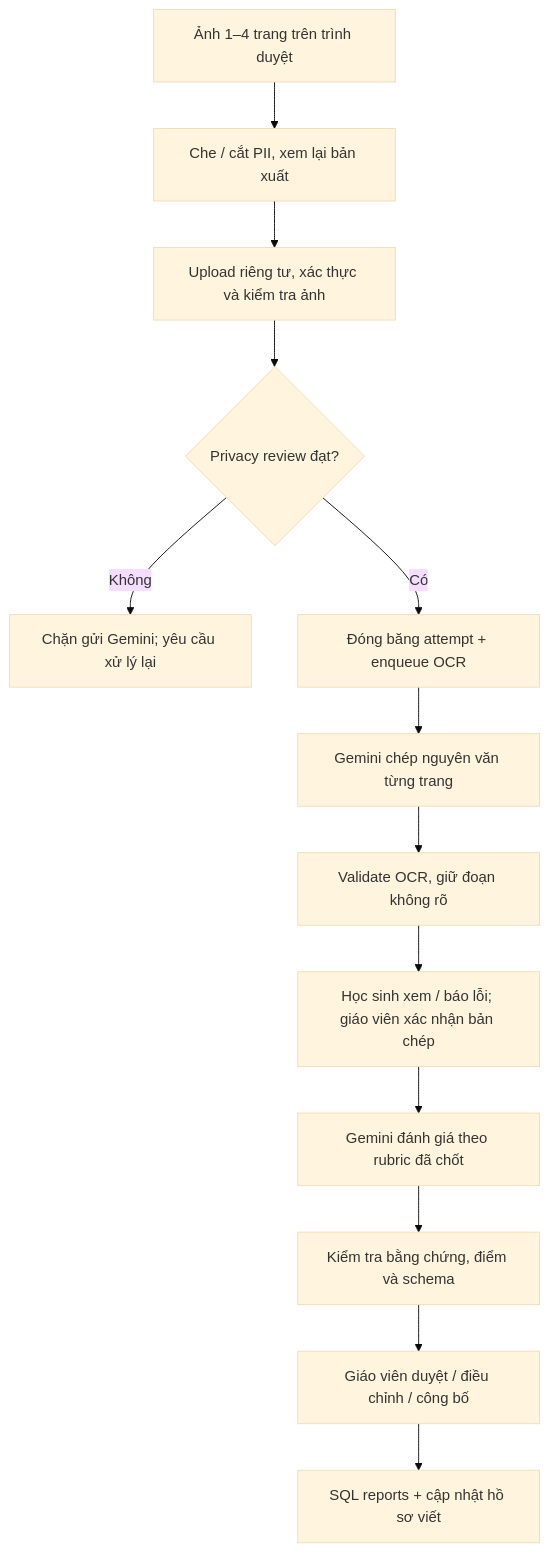
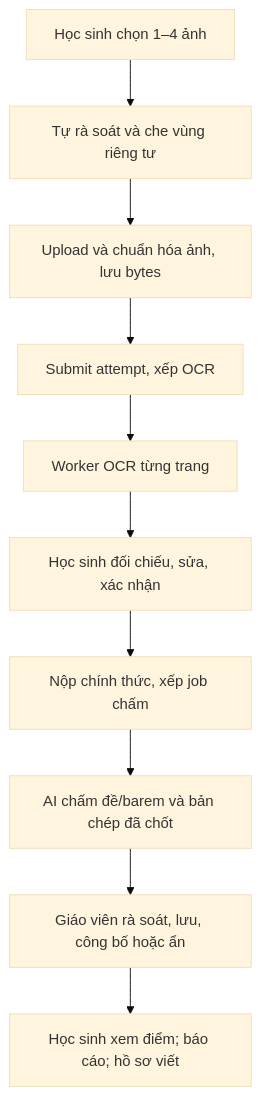
One commit to Dang-Huy1910/EduLit-AI changed the second of 2 diagrams in docs/architecture/system-design.md. Above: the diagram before and after it, drawn with Mermaid (base theme). The commit also changed other lines of this file and 209 other files, not shown here.

````diff
--- a/docs/architecture/system-design.md
+++ b/docs/architecture/system-design.md
@@ -101,15 +61,12 @@
 ```mermaid
 flowchart TD
-    A[Ảnh 1–4 trang trên trình duyệt] --> B[Che / cắt PII, xem lại bản xuất]
-    B --> C[Upload riêng tư, xác thực và kiểm tra ảnh]
-    C --> D{Privacy review đạt?}
-    D -- Không --> E[Chặn gửi Gemini; yêu cầu xử lý lại]
-    D -- Có --> F[Đóng băng attempt + enqueue OCR]
-    F --> G[Gemini chép nguyên văn từng trang]
-    G --> H[Validate OCR, giữ đoạn không rõ]
-    H --> I[Học sinh xem / báo lỗi; giáo viên xác nhận bản chép]
-    I --> J[Gemini đánh giá theo rubric đã chốt]
-    J --> K[Kiểm tra bằng chứng, điểm và schema]
-    K --> L[Giáo viên duyệt / điều chỉnh / công bố]
-    L --> M[SQL reports + cập nhật hồ sơ viết]
+    A[Học sinh chọn 1–4 ảnh] --> B[Tự rà soát và che vùng riêng tư]
+    B --> C[Upload và chuẩn hóa ảnh, lưu bytes]
+    C --> D[Submit attempt, xếp OCR]
+    D --> E[Worker OCR từng trang]
+    E --> F[Học sinh đối chiếu, sửa, xác nhận]
+    F --> G[Nộp chính thức, xếp job chấm]
+    G --> H[AI chấm đề/barem và bản chép đã chốt]
+    H --> I[Giáo viên rà soát, lưu, công bố hoặc ẩn]
+    I --> J[Học sinh xem điểm; báo cáo; hồ sơ viết]
 ```
````
